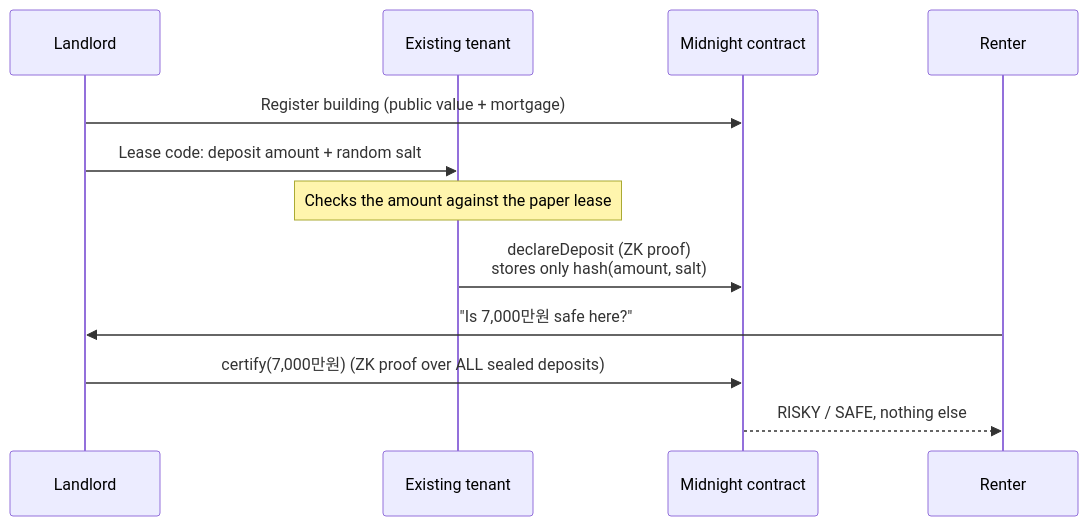
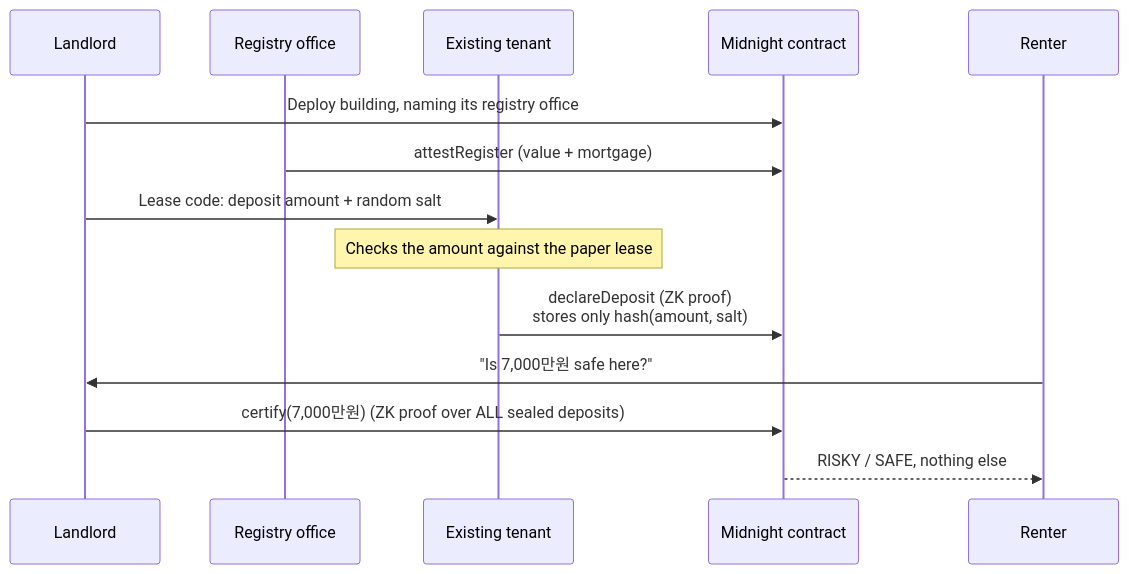
One commit to 56steve/safejeonse changed the diagram in README.md. Above: the diagram before and after it, drawn with Mermaid. The commit also changed other lines of this file and 23 other files, not shown here.

Commit message:
Add registry office attestation for building value and mortgage

````diff
--- a/README.md
+++ b/README.md
@@ -41,15 +46,17 @@
 ```mermaid
 sequenceDiagram
     participant L as Landlord
+    participant G as Registry office
     participant T as Existing tenant
     participant C as Midnight contract
     participant R as Renter
 
-    L->>C: Register building (public value + mortgage)
+    L->>C: Deploy building, naming its registry office
+    G->>C: attestRegister (value + mortgage)
     L->>T: Lease code: deposit amount + random salt
     Note over T: Checks the amount against the paper lease
     T->>C: declareDeposit (ZK proof)<br/>stores only hash(amount, salt)
     R->>L: "Is 7,000만원 safe here?"
     L->>C: certify(7,000만원) (ZK proof over ALL sealed deposits)
     C-->>R: RISKY / SAFE, nothing else
 ```
````
